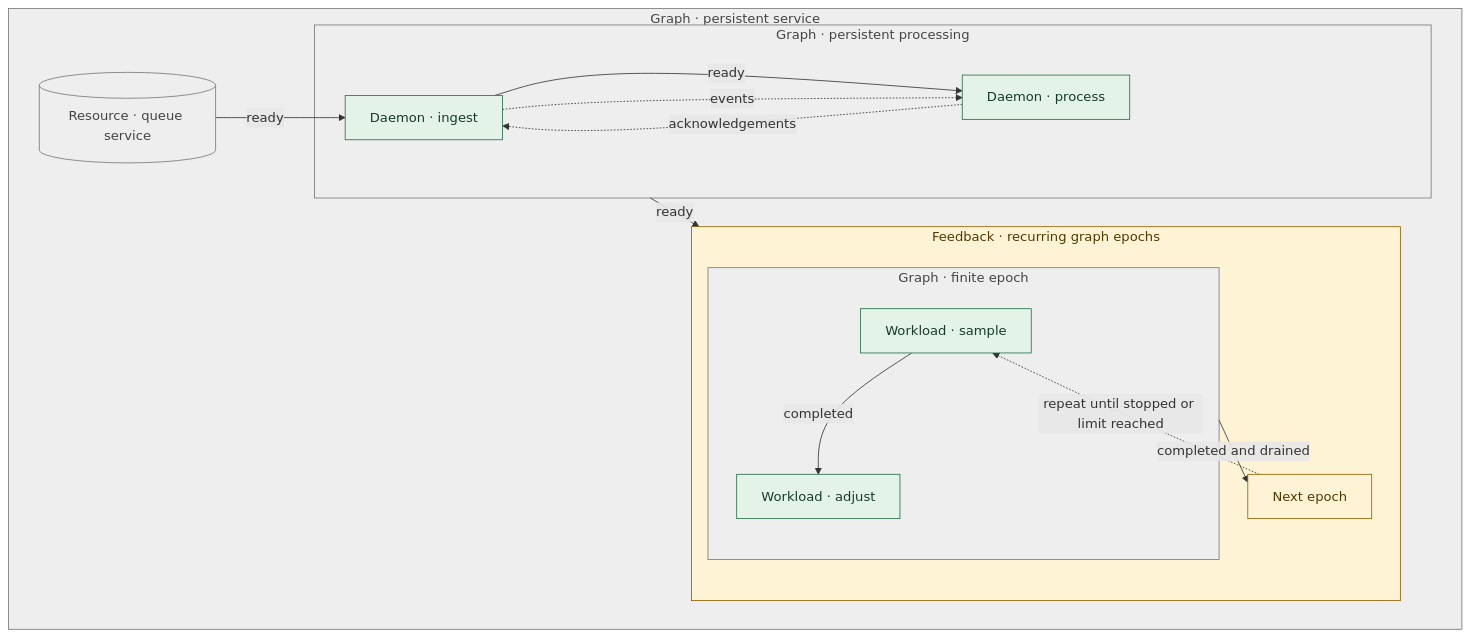
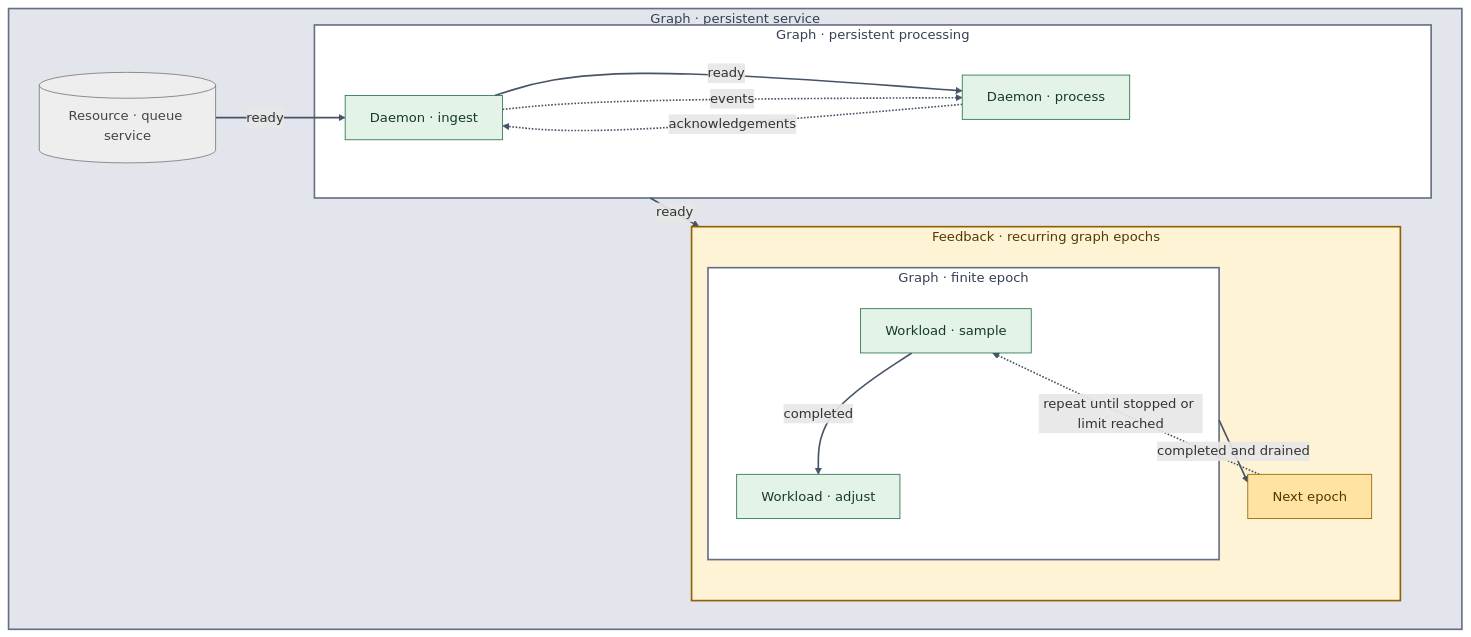
One commit to astrivant/polyad changed the sixth of 6 diagrams in README.md. Above: the diagram before and after it, drawn with Mermaid. The commit also changed other lines of this file and 69 other files, not shown here.

````diff
--- a/README.md
+++ b/README.md
@@ -279,36 +188,37 @@
 ```mermaid
 flowchart LR
     subgraph system["Graph · persistent service"]
         direction LR
         queue[("Resource · queue service")]
         subgraph service["Graph · persistent processing"]
             ingest["Daemon · ingest"]
             process["Daemon · process"]
             ingest -->|ready| process
             ingest -.->|events| process
             process -.->|acknowledgements| ingest
         end
         subgraph feedback["Feedback · recurring graph epochs"]
             subgraph epoch["Graph · finite epoch"]
                 sample["Workload · sample"]
                 adjust["Workload · adjust"]
                 sample -->|completed| adjust
             end
             next["Next epoch"]
             epoch -->|completed and drained| next
             next -.->|repeat until stopped or limit reached| sample
         end
         queue -->|ready| ingest
         service -->|ready| feedback
     end
     classDef execution fill:#e3f3e8,stroke:#247047,color:#163b29
-    classDef recurrence fill:#fff3d6,stroke:#926000,color:#513900
+    classDef recurrence fill:#ffe3a3,stroke:#926000,color:#513900
     classDef resource fill:#eeeeee,stroke:#777777,color:#444444
     class ingest,process,sample,adjust execution
     class next recurrence
     class queue resource
-    style system fill:#eeeeee,stroke:#777777,color:#444444
-    style service fill:#eeeeee,stroke:#777777,color:#444444
-    style feedback fill:#fff3d6,stroke:#926000,color:#513900
-    style epoch fill:#eeeeee,stroke:#777777,color:#444444
+    style system fill:#e2e6ec,stroke:#667085,stroke-width:2px,color:#344054
+    style service fill:#ffffff,stroke:#667085,stroke-width:2px,color:#344054
+    style feedback fill:#fff3d6,stroke:#926000,stroke-width:2px,color:#513900
+    style epoch fill:#ffffff,stroke:#667085,stroke-width:2px,color:#344054
+    linkStyle default stroke:#475467,stroke-width:2px
 ```
````
